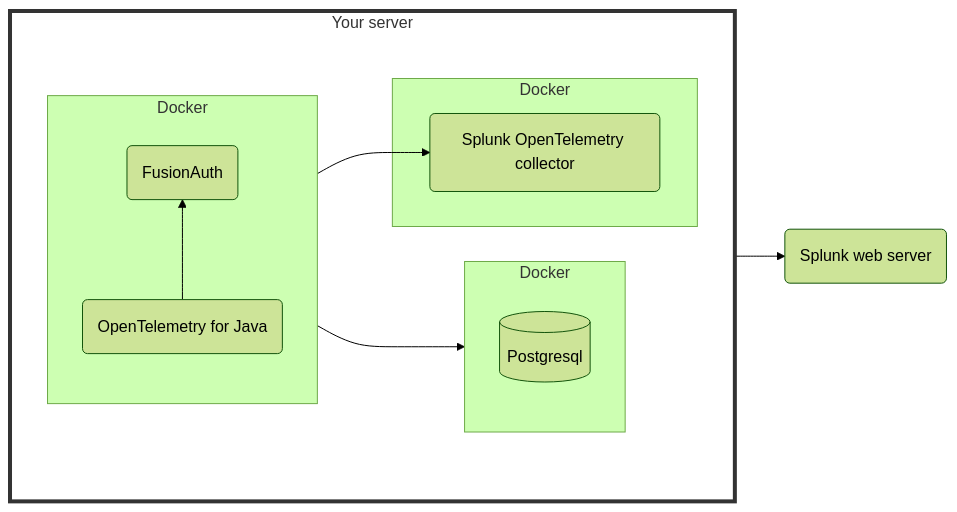
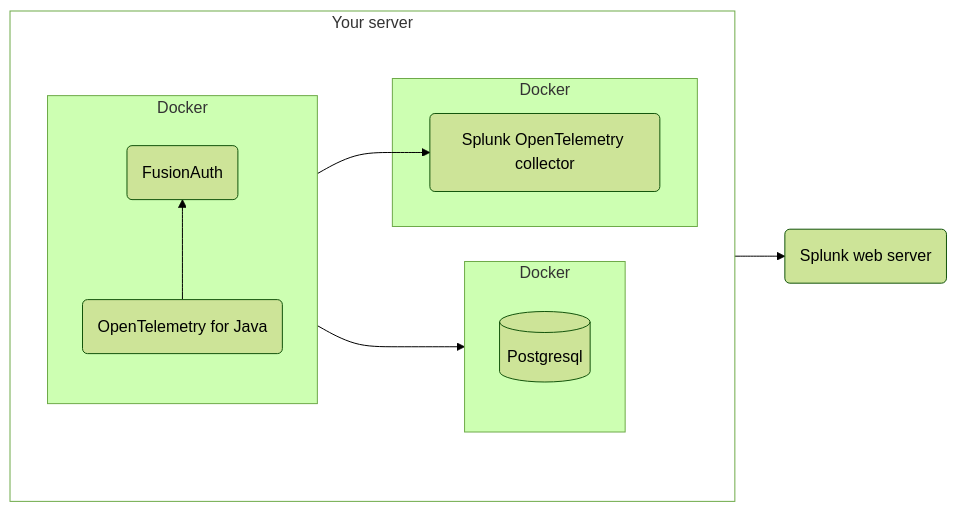
Before and after one commit to FusionAuth/fusionauth-site: the second of 2 diagrams in astro/src/content/docs/operate/secure-and-monitor/splunk.mdx, drawn with Mermaid (forest theme). The commit also changed other lines of this file, not shown here.

Commit message:
remove unnecessary diagram style

````diff
--- a/astro/src/content/docs/operate/secure-and-monitor/splunk.mdx
+++ b/astro/src/content/docs/operate/secure-and-monitor/splunk.mdx
@@ -207,20 +207,20 @@
 ```mermaid
 graph LR
   subgraph I[Your server]
     direction LR
     subgraph G[Docker]
       H[(Postgresql)]
     end
     subgraph C[Docker]
       direction BT
       D(OpenTelemetry for Java) --> A(FusionAuth)
     end
     subgraph E[Docker]
       B(Splunk OpenTelemetry collector)
     end
   end
   C --> G
   C --> B
   E --> F(Splunk web server)
-  style I fill:#0000,stroke:#333,stroke-width:4px
+  style I fill:#0000
 ```
````
